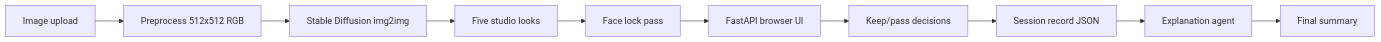
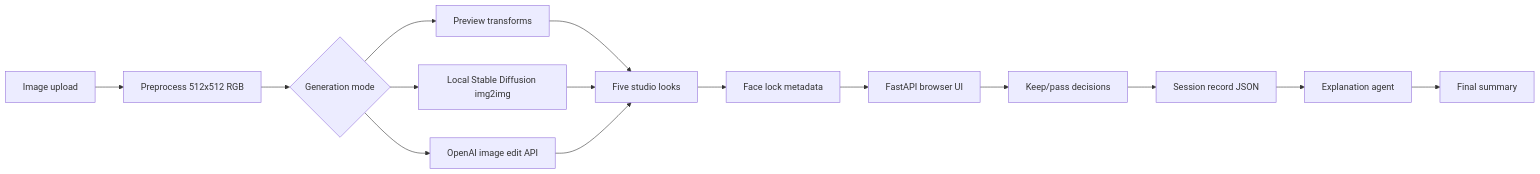
Before and after one commit to mauricio-alvarez/interactive-visual-variation-system: the diagram in docs/architecture.md, drawn with Mermaid. The commit also changed other lines of this file and 14 other files, not shown here.

Commit message:
Add API studio image provider

````diff
--- a/docs/architecture.md
+++ b/docs/architecture.md
@@ -9,12 +9,17 @@
 ```mermaid
 flowchart LR
     A["Image upload"] --> B["Preprocess 512x512 RGB"]
-    B --> C["Stable Diffusion img2img"]
-    C --> D["Five studio looks"]
-    D --> E["Face lock pass"]
-    E --> F["FastAPI browser UI"]
-    F --> G["Keep/pass decisions"]
-    G --> H["Session record JSON"]
-    H --> I["Explanation agent"]
-    I --> J["Final summary"]
+    B --> C{"Generation mode"}
+    C --> D["Preview transforms"]
+    C --> E["Local Stable Diffusion img2img"]
+    C --> F["OpenAI image edit API"]
+    D --> G["Five studio looks"]
+    E --> G
+    F --> G
+    G --> H["Face lock metadata"]
+    H --> I["FastAPI browser UI"]
+    I --> J["Keep/pass decisions"]
+    J --> K["Session record JSON"]
+    K --> L["Explanation agent"]
+    L --> M["Final summary"]
 ```
````
